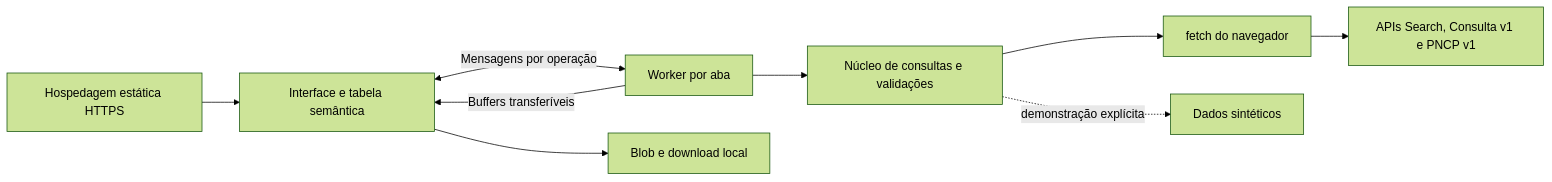
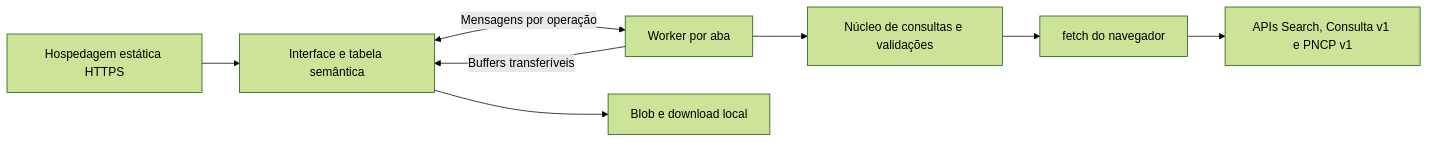
Before and after one commit to victorgmbraga/contratos-web: the diagram in docs/arquitetura.md, drawn with Mermaid (forest theme). The commit also changed other lines of this file and 38 other files, not shown here.

````diff
--- a/docs/arquitetura.md
+++ b/docs/arquitetura.md
@@ -5,11 +5,10 @@
 ```mermaid
 flowchart LR
     Static[Hospedagem estática HTTPS] --> UI[Interface e tabela semântica]
     UI <-->|Mensagens por operação| Worker[Worker por aba]
     Worker --> Core[Núcleo de consultas e validações]
     Core --> Native[fetch do navegador]
     Native --> PNCP[APIs Search, Consulta v1 e PNCP v1]
-    Core -. demonstração explícita .-> Demo[Dados sintéticos]
     Worker -->|Buffers transferíveis| UI
     UI --> CSV[Blob e download local]
 ```
````
